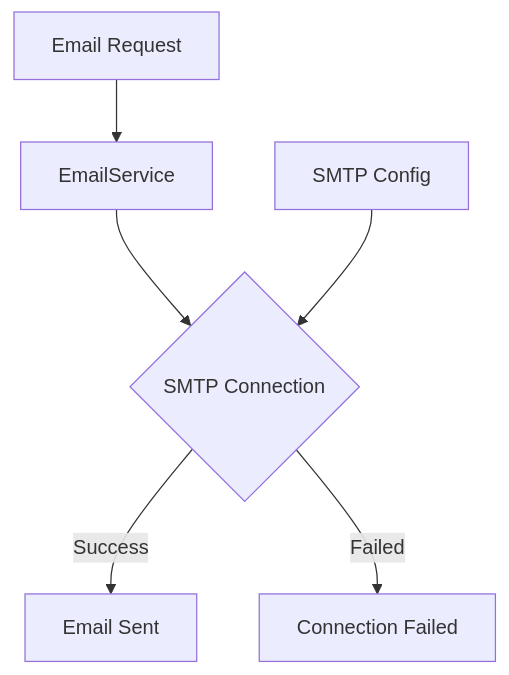
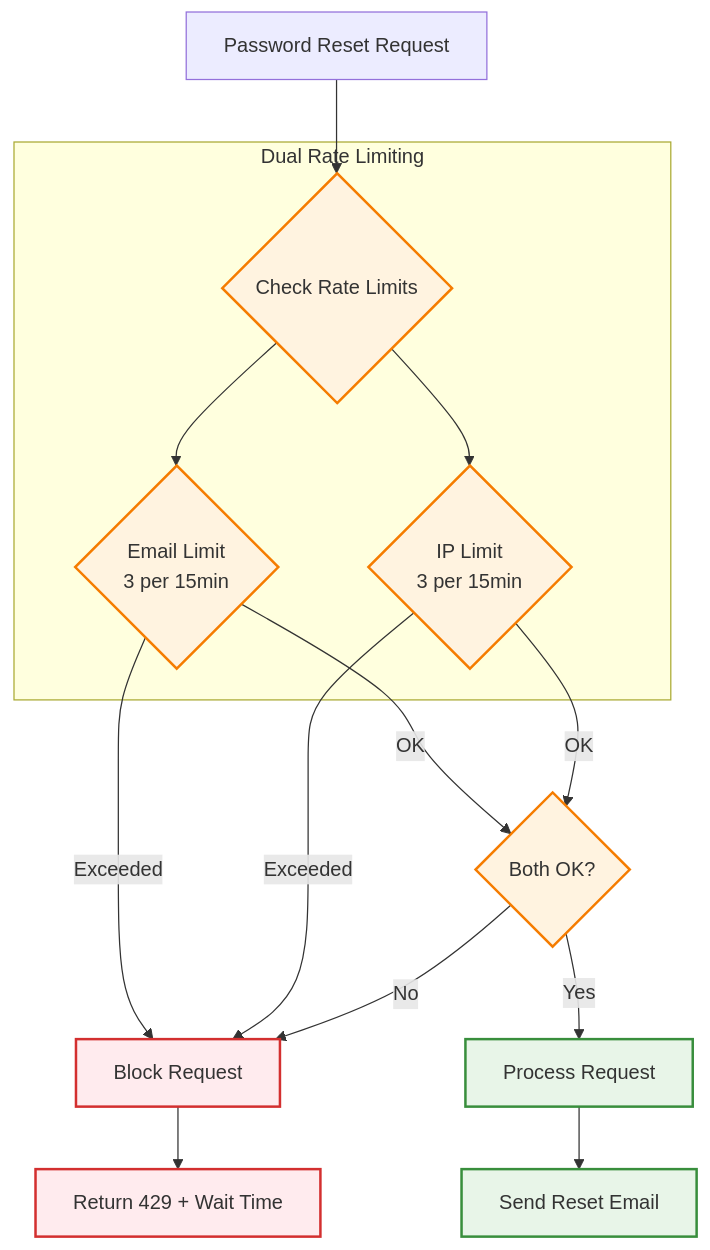
The tenth of 15 diagrams in specs/AUTHENTICATION.md (supercheck-io/supercheck), drawn with Mermaid before and after one commit. The commit also changed other lines of this file and 2 other files, not shown here.

````diff
--- a/specs/AUTHENTICATION.md
+++ b/specs/AUTHENTICATION.md
@@ -222,9 +384,28 @@
 ```mermaid
 graph TB
-    A[Email Request] --> B[EmailService]
-    B --> C{SMTP Connection}
-    C -->|Success| D[Email Sent]
-    C -->|Failed| E[Connection Failed]
-    
-    G[SMTP Config] --> C
+    A[Password Reset Request] --> B{Check Rate Limits}
+
+    subgraph "Dual Rate Limiting"
+        B --> C{Email Limit<br/>3 per 15min}
+        B --> D{IP Limit<br/>3 per 15min}
+    end
+
+    C -->|Exceeded| E[Block Request]
+    D -->|Exceeded| E
+    C -->|OK| F{Both OK?}
+    D -->|OK| F
+
+    F -->|Yes| G[Process Request]
+    F -->|No| E
+
+    E --> H[Return 429 + Wait Time]
+    G --> I[Send Reset Email]
+
+    classDef check fill:#fff3e0,stroke:#f57c00,stroke-width:2px
+    classDef block fill:#ffebee,stroke:#d32f2f,stroke-width:2px
+    classDef success fill:#e8f5e8,stroke:#388e3c,stroke-width:2px
+
+    class B,C,D,F check
+    class E,H block
+    class G,I success
 ```
````
